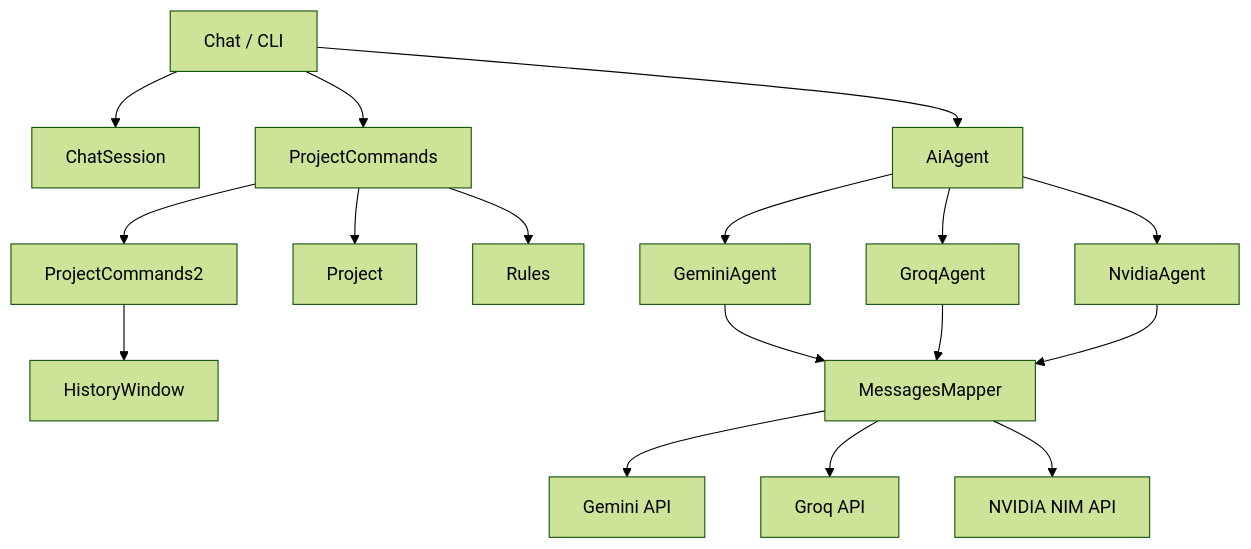
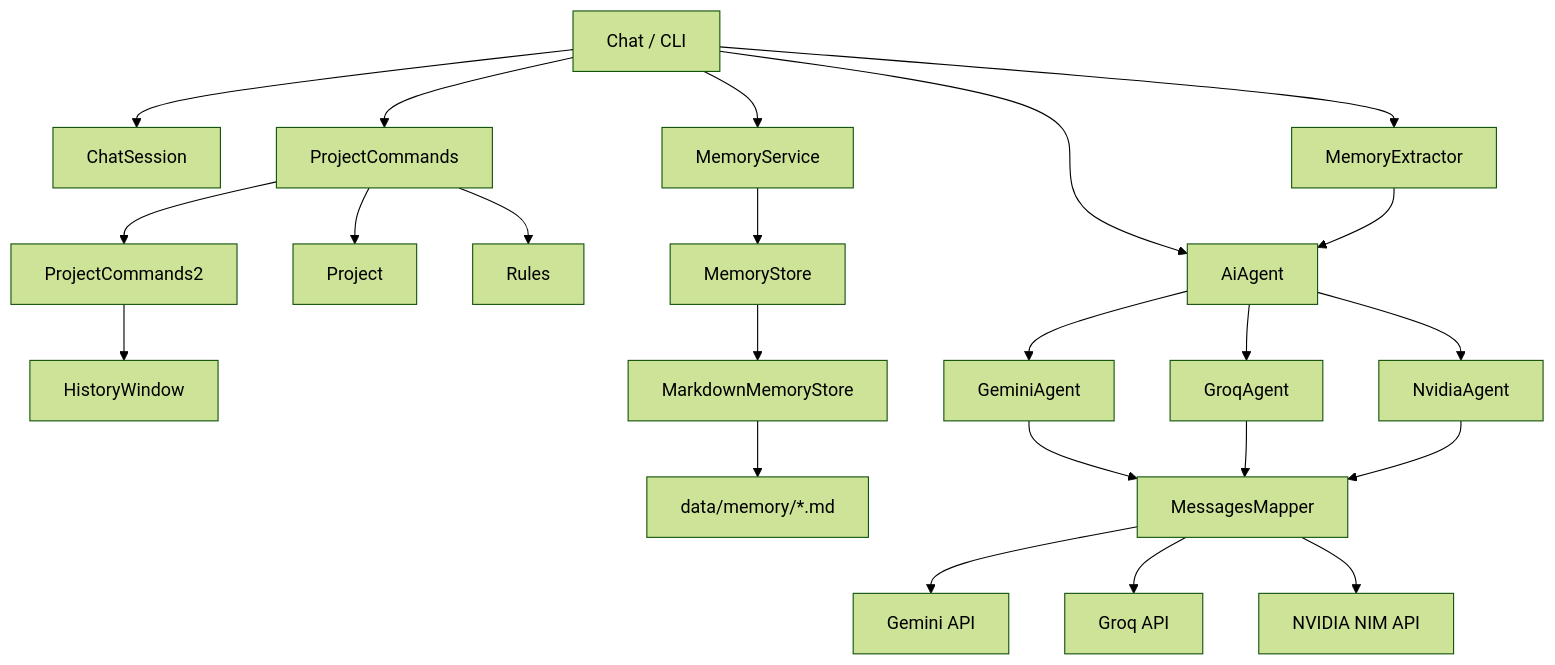
Before and after one commit to 782453/Ai-Project-Tracker: the diagram in README.md, drawn with Mermaid (forest theme). The commit also changed other lines of this file, not shown here.

````diff
--- a/README.md
+++ b/README.md
@@ -524,22 +704,29 @@
 ```mermaid
 graph TD
     Chat[Chat / CLI] --> Session[ChatSession]
     Chat --> Commands[ProjectCommands]
     Commands --> Commands2[ProjectCommands2]
     Commands --> Projects[Project]
     Commands --> Rules[Rules]
     Commands2 --> History[HistoryWindow]
 
+    Chat --> MemoryService[MemoryService]
+    Chat --> Extractor[MemoryExtractor]
+    MemoryService --> MemoryStore[MemoryStore]
+    MemoryStore --> MarkdownStore[MarkdownMemoryStore]
+    MarkdownStore --> MemoryFiles[data/memory/*.md]
+
     Chat --> Agent[AiAgent]
+    Extractor --> Agent
     Agent --> Gemini[GeminiAgent]
     Agent --> Groq[GroqAgent]
     Agent --> Nvidia[NvidiaAgent]
 
     Gemini --> Mapper[MessagesMapper]
     Groq --> Mapper
     Nvidia --> Mapper
 
     Mapper --> GeminiAPI[Gemini API]
     Mapper --> GroqAPI[Groq API]
     Mapper --> NvidiaAPI[NVIDIA NIM API]
 ```
````
